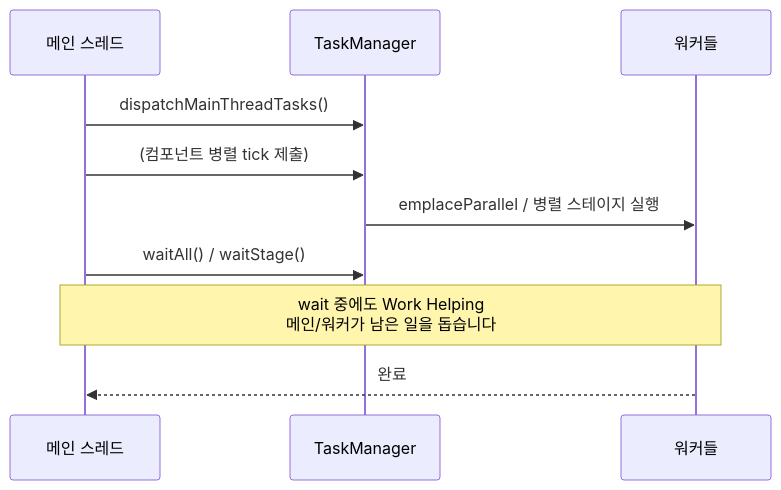
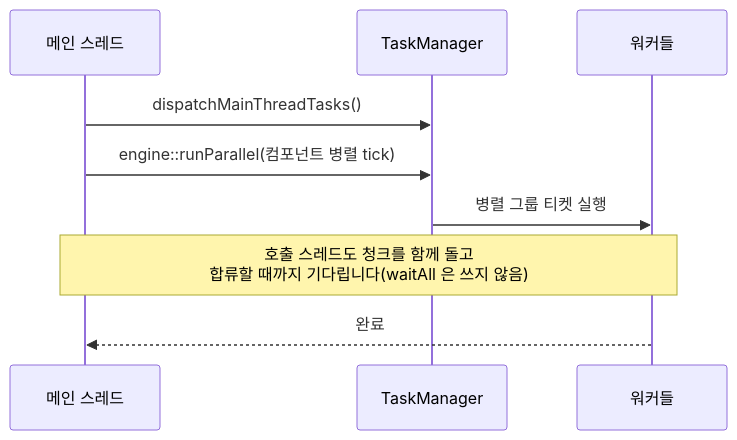
Before and after one commit to sswgame/LearningTemplate: the second of 4 diagrams in Source/Core/Task/README.md, drawn with Mermaid. The commit also changed other lines of this file and 1 other file, not shown here.

````diff
--- a/Source/Core/Task/README.md
+++ b/Source/Core/Task/README.md
@@ -69,13 +71,12 @@
 ```mermaid
 sequenceDiagram
   participant Main as 메인 스레드
   participant TM as TaskManager
   participant W as 워커들
 
   Main->>TM: dispatchMainThreadTasks()
-  Main->>TM: (컴포넌트 병렬 tick 제출)
-  TM->>W: emplaceParallel / 병렬 스테이지 실행
-  Main->>TM: waitAll() / waitStage()
-  Note over Main,W: wait 중에도 Work Helping<br/>메인/워커가 남은 일을 돕습니다
+  Main->>TM: engine::runParallel(컴포넌트 병렬 tick)
+  TM->>W: 병렬 그룹 티켓 실행
+  Note over Main,W: 호출 스레드도 청크를 함께 돌고<br/>합류할 때까지 기다립니다(waitAll 은 쓰지 않음)
   W-->>Main: 완료
 ```
````
